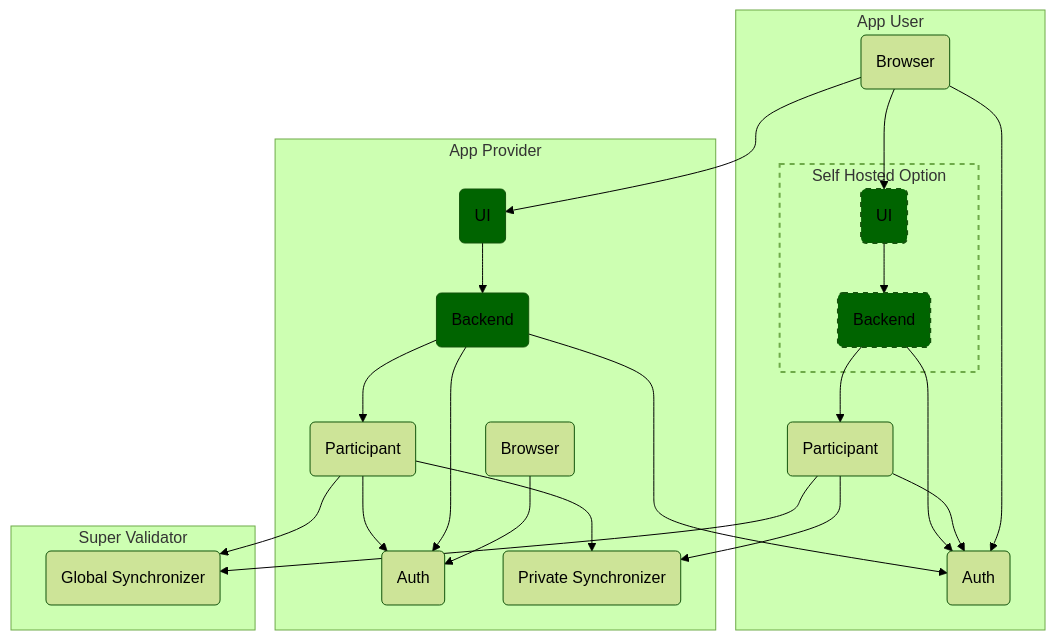
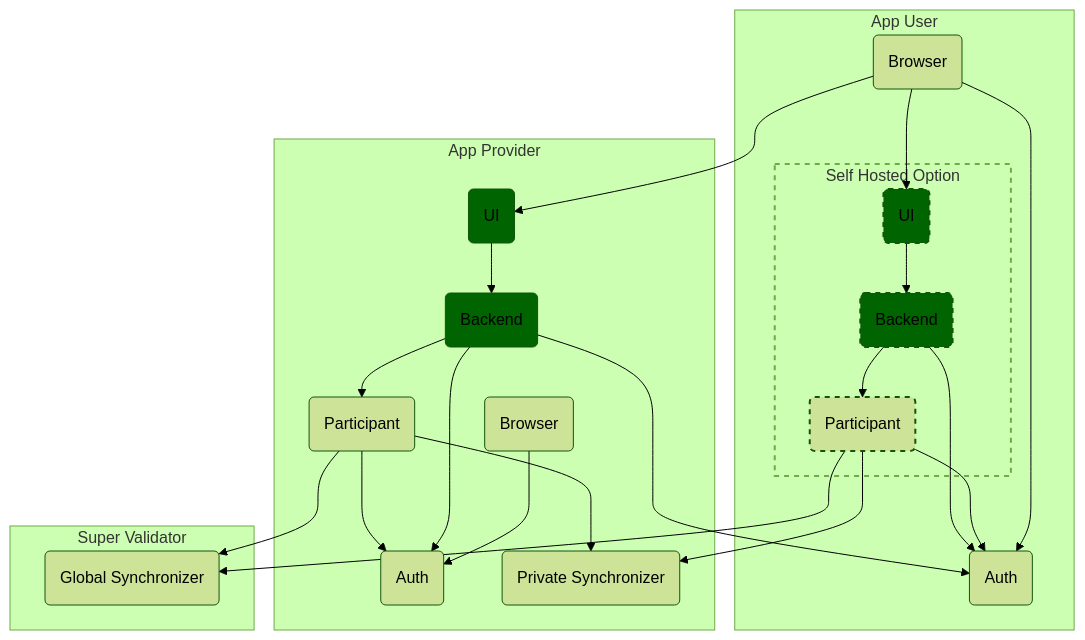
Before and after one commit to digital-asset/cn-quickstart: the first of 4 diagrams in sdk/docs/user/002-topology.md, drawn with Mermaid (forest theme). The commit also changed other lines of this file, not shown here.

Commit message:
fix(docs): move participant node inside optional box in high-level topology diagram (#378)
* fix(docs): move participant node inside optional box in high-level topology diagram
The App User's Participant node was shown outside the 'Self Hosted Option'
box in the high-level architecture diagram, inconsistent with the App User
Infrastructure diagram where it correctly appears inside the optional box.
Moved it inside and applied the optional dashed-border style.

* Update 002-topology.md

---------

````diff
--- a/sdk/docs/user/002-topology.md
+++ b/sdk/docs/user/002-topology.md
@@ -11,54 +12,55 @@
 ```mermaid
 flowchart TD
   classDef customNode fill:darkgreen;
   classDef optional stroke-width:2px,stroke-dasharray: 5 5
 
   subgraph user [App User]
     user-browser(Browser)
     user-auth(Auth)
-    user-participant(Participant)
 
     subgraph user-host ["Self Hosted Option"]
+      user-participant(Participant)
       user-ui(UI):::customNode
       user-backend("Backend"):::customNode
     end
     class user-host optional
+    class user-participant optional
     class user-ui optional
     class user-backend optional
 
     user-browser --> user-auth
     user-browser --> user-ui
     user-participant --> user-auth
     user-ui --> user-backend
     user-backend --> user-participant
     user-backend --> user-auth
   end
 
   subgraph provider [App Provider]
     provider-browser(Browser)
 
     provider-user_ui(UI):::customNode
     provider-user(Backend):::customNode
 
     provider-auth(Auth)
     provider-participant(Participant)
     provider-private_synchronizer(Private Synchronizer)
 
     provider-browser --> provider-auth
     provider-user_ui --> provider-user
     provider-user --> provider-participant
     provider-user --> provider-auth
     provider-user --> user-auth
     provider-participant --> provider-auth
   end
 
   subgraph sv [Super Validator]
     sv-global_synchronizer(Global Synchronizer)
   end
 
   user-browser --> provider-user_ui
   provider-participant --> sv-global_synchronizer
   provider-participant --> provider-private_synchronizer
   user-participant --> sv-global_synchronizer
   user-participant --> provider-private_synchronizer
 ```
````
